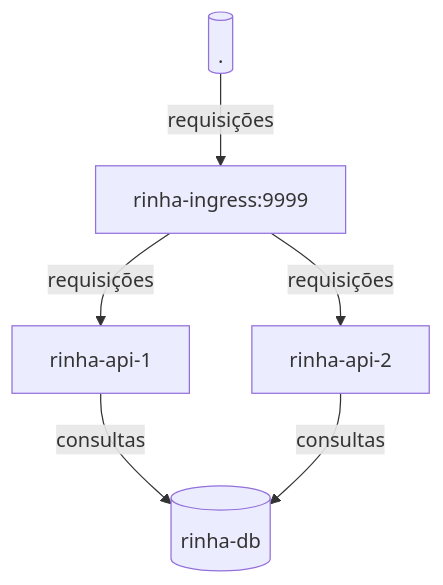
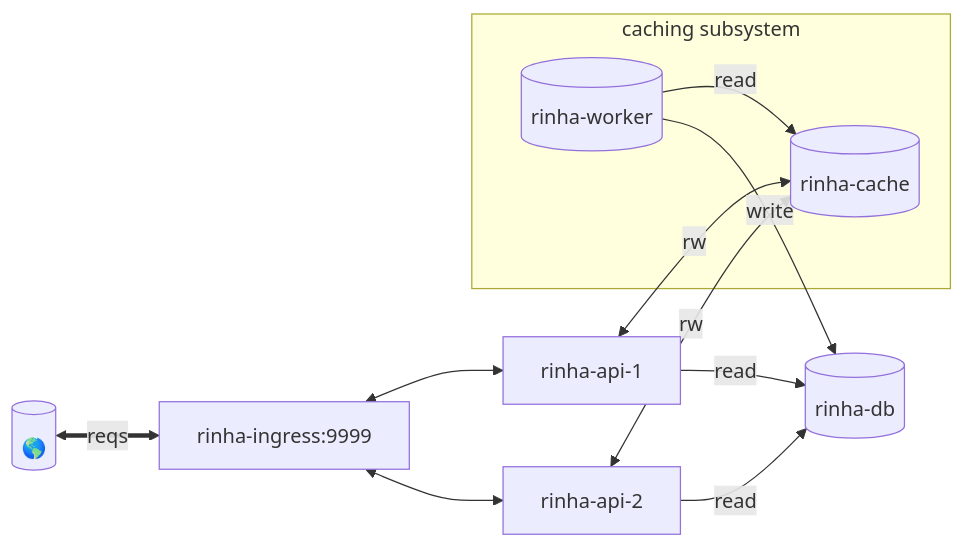
The diagram in README.md (flipbit03/rinha-de-backend-2024-q1-cadu), drawn with Mermaid before and after one commit. The commit also changed other lines of this file, not shown here.

Commit message:
updated readme TODO: write about rinha-cache and rinha-worker

````diff
--- a/README.md
+++ b/README.md
@@ -10,8 +10,16 @@
 ```mermaid
-graph TD
-  A[(.)] -->|requisições| B[rinha-ingress:9999]
-  B -->|requisições| C[rinha-api-1]
-  B -->|requisições| D[rinha-api-2]
-  C -->|consultas| E[(rinha-db)]
-  D -->|consultas| E
+flowchart LR
+  OUTSIDE[(🌎)] <==>|reqs| NGINX[rinha-ingress:9999]
+  subgraph caching subsystem
+    CACHE[(rinha-cache)]
+    WORKER[(rinha-worker)]
+  end
+  NGINX <--> API1[rinha-api-1]
+  NGINX <--> API2[rinha-api-2]
+  API1 <--> |rw| CACHE[(rinha-cache)]
+  API2 <--> |rw| CACHE[(rinha-cache)]
+  WORKER --> |read| CACHE[(rinha-cache)] 
+  WORKER --> |write| DB[(rinha-db)]
+  API1 --> |read| DB[(rinha-db)]
+  API2 --> |read| DB[(rinha-db)]
 ```
````
